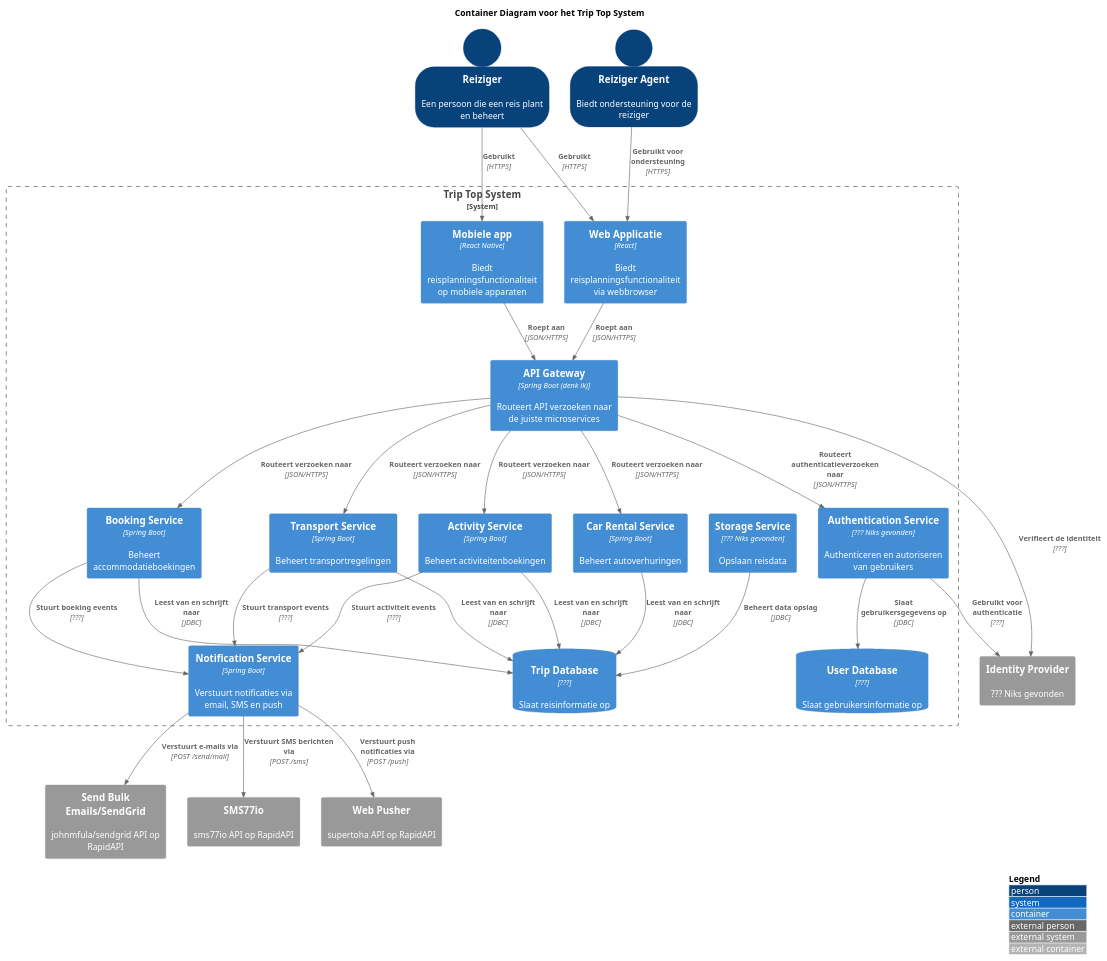
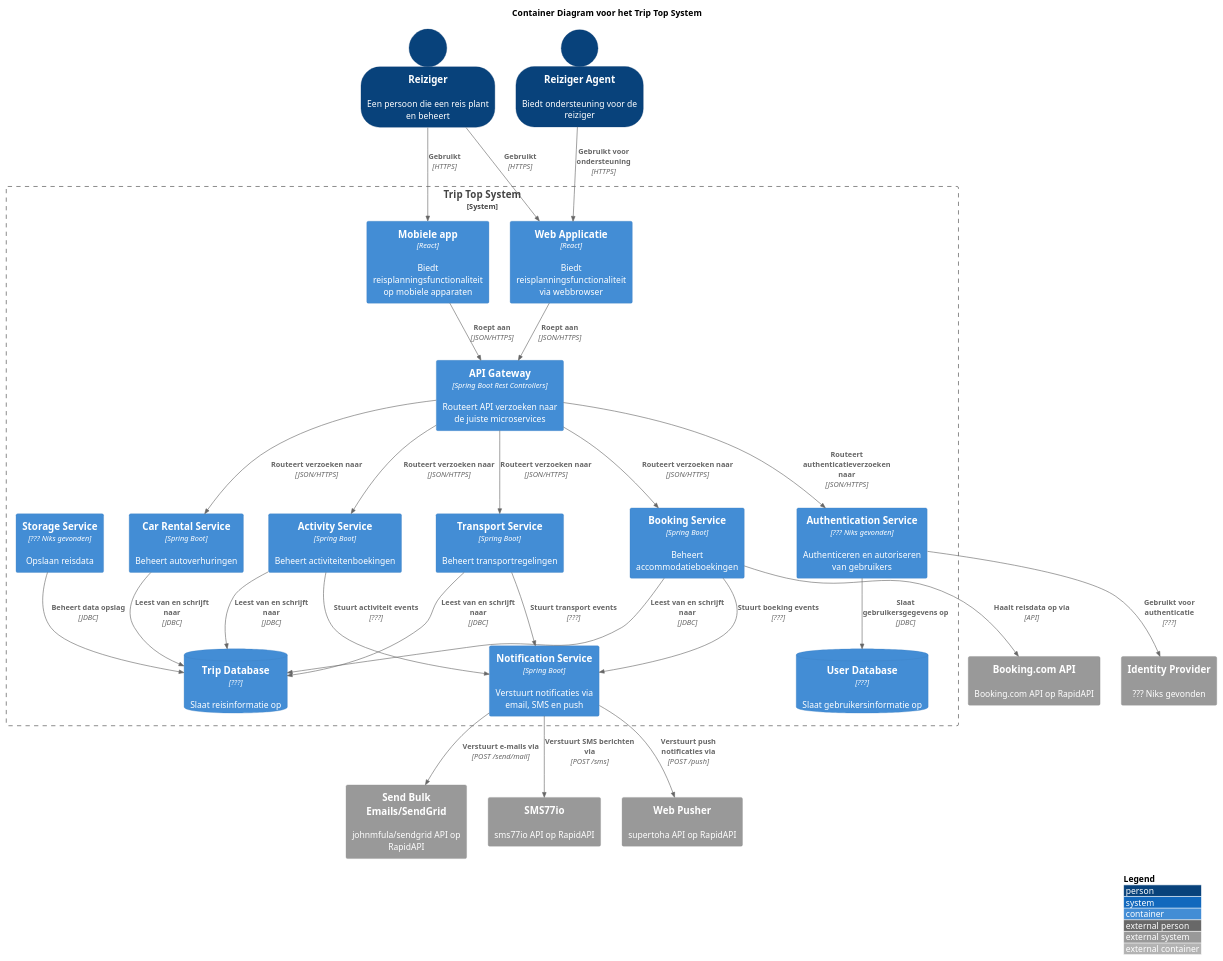
Before and after one commit to AIM-ENE-feb25/triptop-sqr-tech: the diagram in W3/Diagrammen/ContainerD/SafaContainerDiagram.puml, drawn with PlantUML. The commit also changed 2 other files, not shown here.

Commit message:
safa aanpassingen + sequence map

```diff
--- a/W3/Diagrammen/ContainerD/SafaContainerDiagram.puml
+++ b/W3/Diagrammen/ContainerD/SafaContainerDiagram.puml
@@ -1,83 +1,68 @@
 @startuml
 !include https://raw.githubusercontent.com/plantuml-stdlib/C4-PlantUML/master/C4_Container.puml
 LAYOUT_WITH_LEGEND()
 SHOW_PERSON_OUTLINE()
 
 title Container Diagram voor het Trip Top System
 
 Person(reiziger, "Reiziger", "Een persoon die een reis plant en beheert")
 Person(reizigerA, "Reiziger Agent", "Biedt ondersteuning voor de reiziger")
 
 System_Boundary(tts, "Trip Top System") {
     Container(web_app, "Web Applicatie", "React", "Biedt reisplanningsfunctionaliteit via webbrowser")
-    Container(mobile_app, "Mobiele app", "React Native", "Biedt reisplanningsfunctionaliteit op mobiele apparaten")
+    Container(mobile_app, "Mobiele app", "React", "Biedt reisplanningsfunctionaliteit op mobiele apparaten")
 
-    Container(api_gateway, "API Gateway", "Spring Boot (denk ik)", "Routeert API verzoeken naar de juiste microservices")
+    Container(api_gateway, "API Gateway", "Spring Boot Rest Controllers", "Routeert API verzoeken naar de juiste microservices")
 
     Container(booking_service, "Booking Service", "Spring Boot", "Beheert accommodatieboekingen")
     Container(transport_service, "Transport Service", "Spring Boot", "Beheert transportregelingen")
     Container(activity_service, "Activity Service", "Spring Boot", "Beheert activiteitenboekingen")
     Container(car_rental_service, "Car Rental Service", "Spring Boot", "Beheert autoverhuringen")
 
     Container(notification_service, "Notification Service", "Spring Boot", "Verstuurt notificaties via email, SMS en push")
 
     ContainerDb(trip_db, "Trip Database", "???", "Slaat reisinformatie op")
     ContainerDb(user_db, "User Database", "???", "Slaat gebruikersinformatie op")
 
     Container(storage_service, "Storage Service", "??? Niks gevonden", "Opslaan reisdata")
     Container(auth_service, "Authentication Service", "??? Niks gevonden", "Authenticeren en autoriseren van gebruikers")
 }
 
-'System_Ext(bookingCom, "Booking.com API", "DataCrawler/Tipsters API op RapidAPI")
-'System_Ext(airbnb, "Airbnb", "Externe accommodatie boekingsservice")
-'System_Ext(googleMaps, "Google Maps", "Routeplanning service")
-'System_Ext(ns, "NS", "Treinreizen service")
-'System_Ext(tripAdvisor, "Trip Advisor", "Activiteiten service")
-'System_Ext(gyg, "Get Your Guide", "Activiteiten service")
-'System_Ext(sixt, "Sixt", "Autoverhuur service")
-'System_Ext(hertz, "Hertz", "Autoverhuur service")
+System_Ext(bookingCom, "Booking.com API", "Booking.com API op RapidAPI")
 System_Ext(email_api, "Send Bulk Emails/SendGrid", "johnmfula/sendgrid API op RapidAPI")
 System_Ext(sms_api, "SMS77io", "sms77io API op RapidAPI")
 System_Ext(push_api, "Web Pusher", "supertoha API op RapidAPI")
 System_Ext(ip, "Identity Provider", "??? Niks gevonden")
 
 Rel(reiziger, web_app, "Gebruikt", "HTTPS")
 Rel(reiziger, mobile_app, "Gebruikt", "HTTPS")
 Rel(reizigerA, web_app, "Gebruikt voor ondersteuning", "HTTPS")
 
 Rel(web_app, api_gateway, "Roept aan", "JSON/HTTPS")
 Rel(mobile_app, api_gateway, "Roept aan", "JSON/HTTPS")
 
 Rel(api_gateway, booking_service, "Routeert verzoeken naar", "JSON/HTTPS")
 Rel(api_gateway, transport_service, "Routeert verzoeken naar", "JSON/HTTPS")
 Rel(api_gateway, activity_service, "Routeert verzoeken naar", "JSON/HTTPS")
 Rel(api_gateway, car_rental_service, "Routeert verzoeken naar", "JSON/HTTPS")
 Rel(api_gateway, auth_service, "Routeert authenticatieverzoeken naar", "JSON/HTTPS")
 
 Rel(booking_service, trip_db, "Leest van en schrijft naar", "JDBC")
 Rel(transport_service, trip_db, "Leest van en schrijft naar", "JDBC")
 Rel(activity_service, trip_db, "Leest van en schrijft naar", "JDBC")
 Rel(car_rental_service, trip_db, "Leest van en schrijft naar", "JDBC")
 Rel(storage_service, trip_db, "Beheert data opslag", "JDBC")
 
 Rel_D(booking_service, notification_service, "Stuurt boeking events", "???")
 Rel_D(transport_service, notification_service, "Stuurt transport events", "???")
 Rel_D(activity_service, notification_service, "Stuurt activiteit events", "???")
 
 Rel(notification_service, email_api, "Verstuurt e-mails via", "POST /send/mail")
 Rel(notification_service, sms_api, "Verstuurt SMS berichten via", "POST /sms")
 Rel(notification_service, push_api, "Verstuurt push notificaties via", "POST /push")
 
-'Rel(booking_service, bookingCom, "Haalt reisdata op via", "API")
-'Rel(booking_service, airbnb, "Boekt accommodatie via", "API")
-'Rel(transport_service, googleMaps, "Verkrijgt routeinformatie van", "API")
-'Rel(transport_service, ns, "Boekt treinreizen via", "API")
-'Rel(activity_service, tripAdvisor, "Zoekt activiteiten via", "API")
-'Rel(activity_service, gyg, "Zoekt activiteiten via", "API")
-'Rel(car_rental_service, sixt, "Huurt auto's via", "API")
-'Rel(car_rental_service, hertz, "Huurt auto's via", "API")
+Rel(booking_service, bookingCom, "Haalt reisdata op via", "API")
 
-Rel(api_gateway, ip, "Verifieert de identiteit", "???")
 Rel(auth_service, ip, "Gebruikt voor authenticatie", "???")
 Rel(auth_service, user_db, "Slaat gebruikersgegevens op", "JDBC")
 @enduml
```
